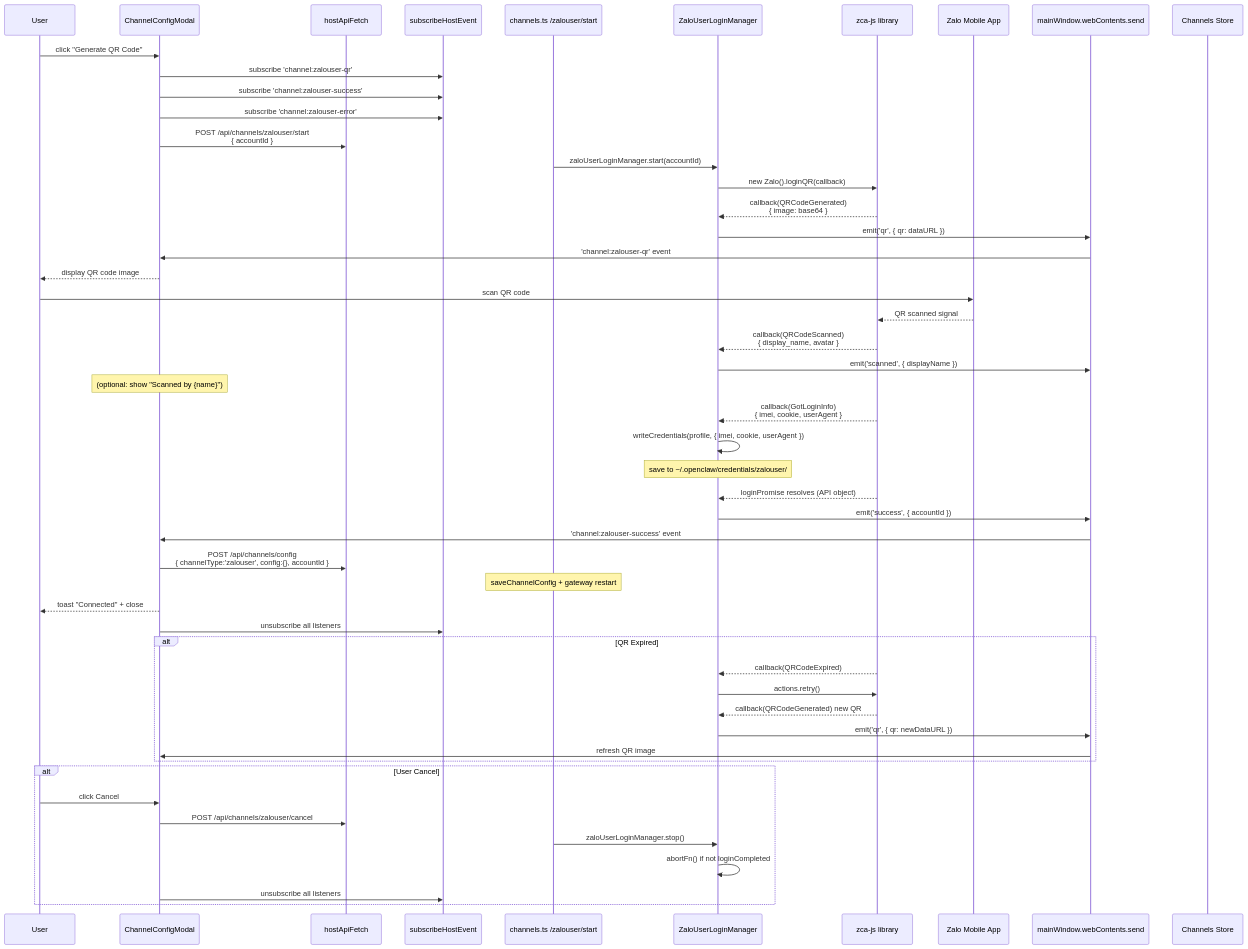
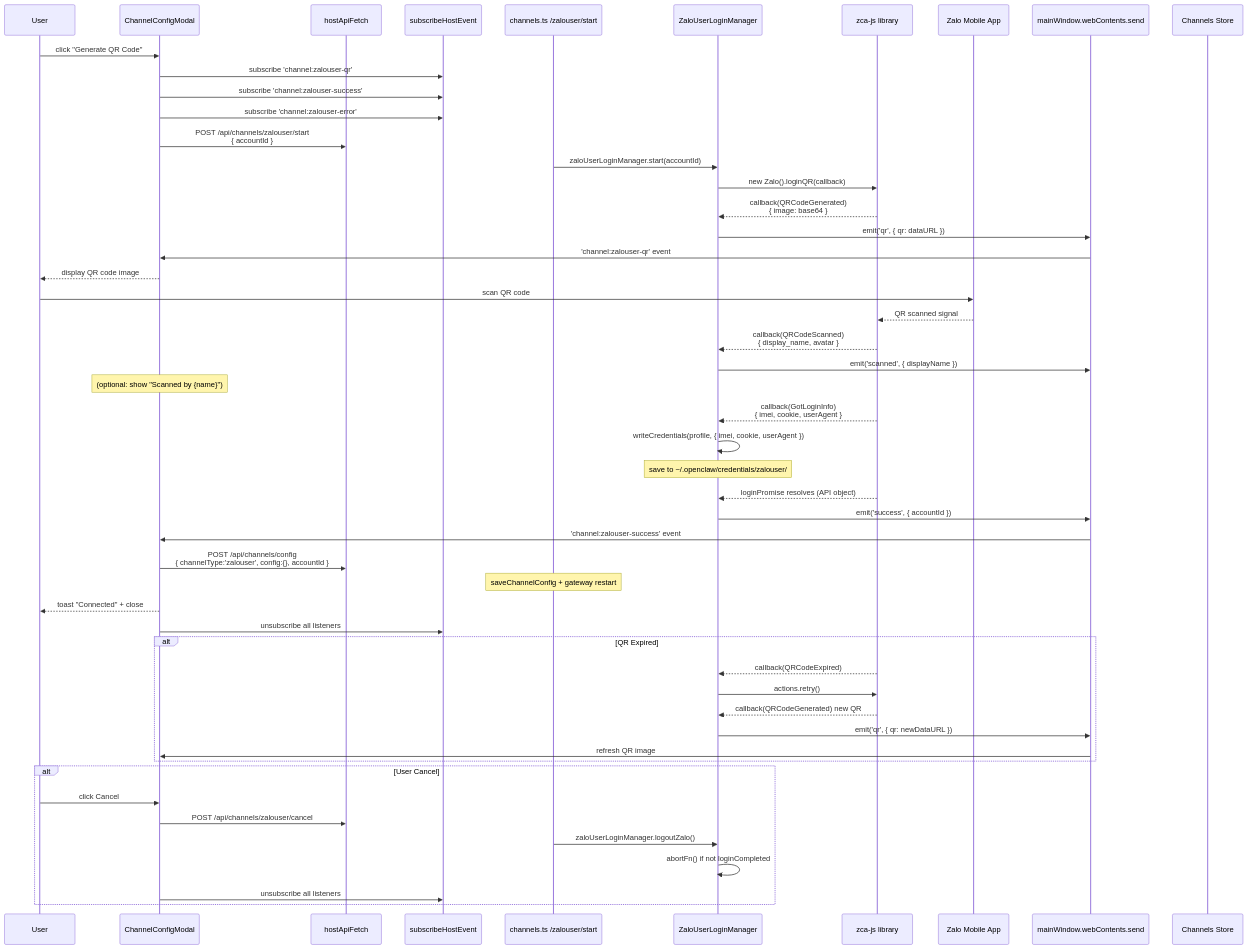
One commit to HaToan/ClawXS changed the second of 4 diagrams in docs/uml/flow-channel.md. Above: the diagram before and after it, drawn with Mermaid. The commit also changed 17 other files, not shown here.

````diff
--- a/docs/uml/flow-channel.md
+++ b/docs/uml/flow-channel.md
@@ -60,63 +60,63 @@
 ```mermaid
 sequenceDiagram
     participant User
     participant Modal as ChannelConfigModal
     participant HA as hostApiFetch
     participant HE as subscribeHostEvent
     participant Route as channels.ts /zalouser/start
     participant ZLM as ZaloUserLoginManager
     participant ZcaJS as zca-js library
     participant ZaloApp as Zalo Mobile App
     participant IPC as mainWindow.webContents.send
     participant Store as Channels Store
 
     User->>Modal: click "Generate QR Code"
     Modal->>HE: subscribe 'channel:zalouser-qr'
     Modal->>HE: subscribe 'channel:zalouser-success'
     Modal->>HE: subscribe 'channel:zalouser-error'
 
     Modal->>HA: POST /api/channels/zalouser/start<br/>{ accountId }
     Route->>ZLM: zaloUserLoginManager.start(accountId)
     ZLM->>ZcaJS: new Zalo().loginQR(callback)
 
     ZcaJS-->>ZLM: callback(QRCodeGenerated)<br/>{ image: base64 }
     ZLM->>IPC: emit('qr', { qr: dataURL })
     IPC->>Modal: 'channel:zalouser-qr' event
     Modal-->>User: display QR code image
 
     User->>ZaloApp: scan QR code
     ZaloApp-->>ZcaJS: QR scanned signal
     ZcaJS-->>ZLM: callback(QRCodeScanned)<br/>{ display_name, avatar }
     ZLM->>IPC: emit('scanned', { displayName })
     Note over Modal: (optional: show "Scanned by {name}")
 
     ZcaJS-->>ZLM: callback(GotLoginInfo)<br/>{ imei, cookie, userAgent }
     ZLM->>ZLM: writeCredentials(profile, { imei, cookie, userAgent })
     Note over ZLM: save to ~/.openclaw/credentials/zalouser/
 
     ZcaJS-->>ZLM: loginPromise resolves (API object)
     ZLM->>IPC: emit('success', { accountId })
     IPC->>Modal: 'channel:zalouser-success' event
 
     Modal->>HA: POST /api/channels/config<br/>{ channelType:'zalouser', config:{}, accountId }
     Note over Route: saveChannelConfig + gateway restart
 
     Modal-->>User: toast "Connected" + close
     Modal->>HE: unsubscribe all listeners
 
     alt QR Expired
         ZcaJS-->>ZLM: callback(QRCodeExpired)
         ZLM->>ZcaJS: actions.retry()
         ZcaJS-->>ZLM: callback(QRCodeGenerated) new QR
         ZLM->>IPC: emit('qr', { qr: newDataURL })
         IPC->>Modal: refresh QR image
     end
 
     alt User Cancel
         User->>Modal: click Cancel
         Modal->>HA: POST /api/channels/zalouser/cancel
-        Route->>ZLM: zaloUserLoginManager.stop()
+        Route->>ZLM: zaloUserLoginManager.logoutZalo()
         ZLM->>ZLM: abortFn() if not loginCompleted
         Modal->>HE: unsubscribe all listeners
     end
 ```
````
